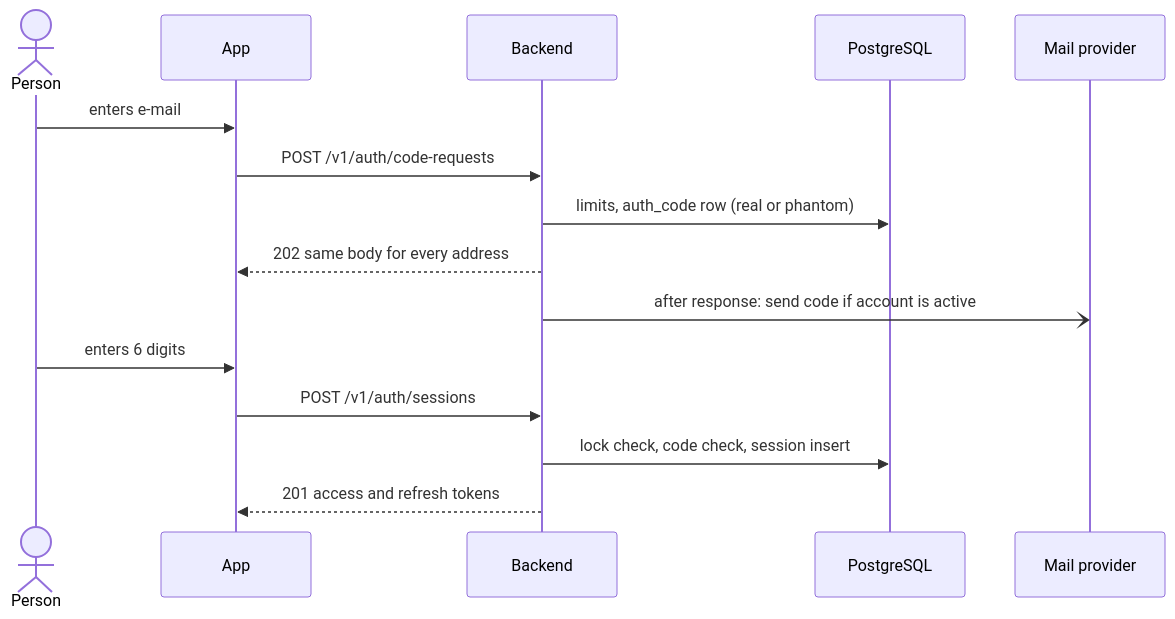
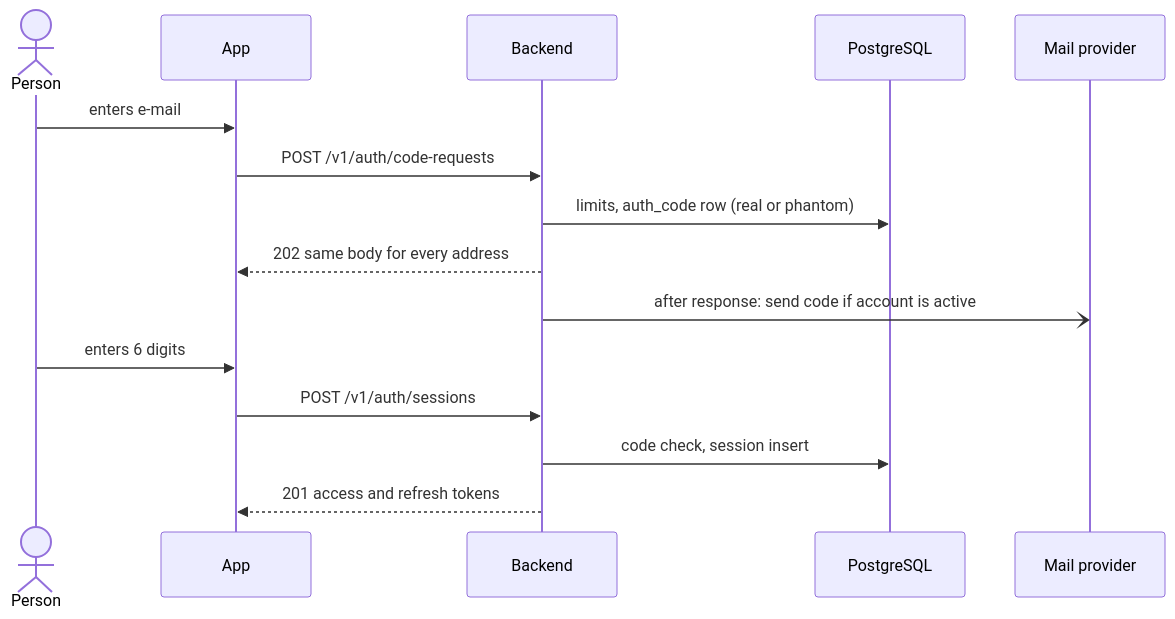
The first of 2 diagrams in docs/system/session-lifecycle.md (cuongtq4998/banhapp), drawn with Mermaid before and after one commit. The commit also changed other lines of this file and 18 other files, not shown here.

Commit message:
atlas-architect: align ADR-0022 and auth with PRD v1.4, answer TQ-12/13, simplify admin data model

````diff
--- a/docs/system/session-lifecycle.md
+++ b/docs/system/session-lifecycle.md
@@ -22,17 +22,17 @@
 ```mermaid
 sequenceDiagram
     actor U as Person
     participant App
     participant API as Backend
     participant DB as PostgreSQL
     participant M as Mail provider
     U->>App: enters e-mail
     App->>API: POST /v1/auth/code-requests
     API->>DB: limits, auth_code row (real or phantom)
     API-->>App: 202 same body for every address
     API-)M: after response: send code if account is active
     U->>App: enters 6 digits
     App->>API: POST /v1/auth/sessions
-    API->>DB: lock check, code check, session insert
+    API->>DB: code check, session insert
     API-->>App: 201 access and refresh tokens
 ```
````
